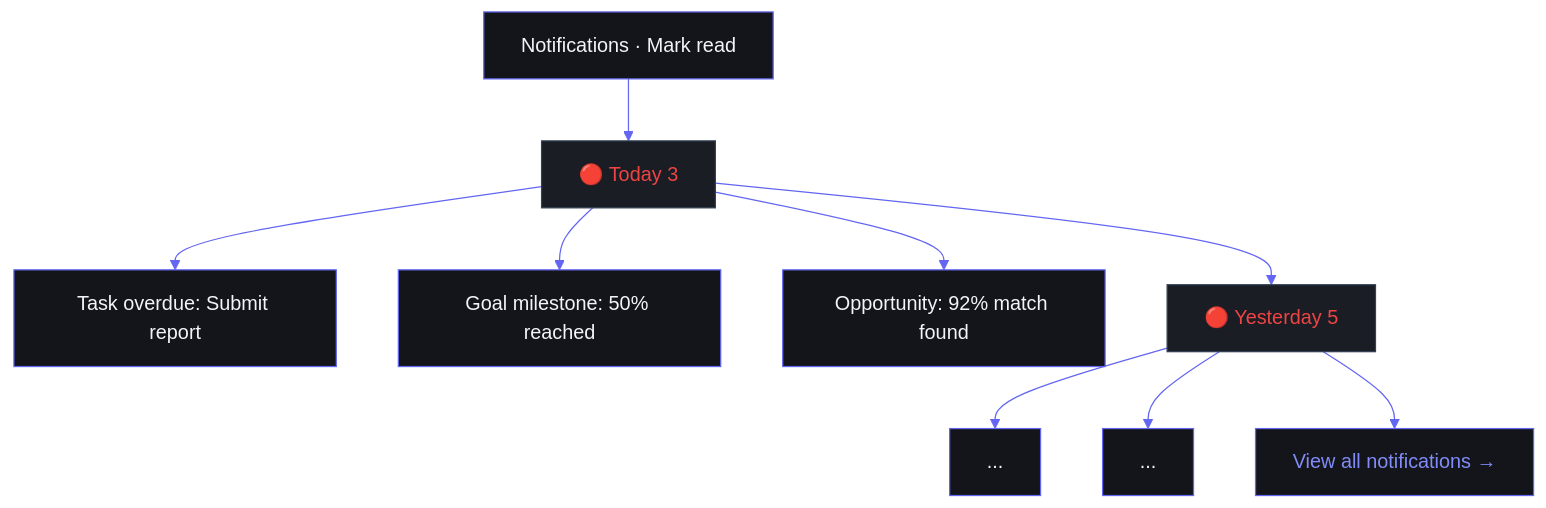
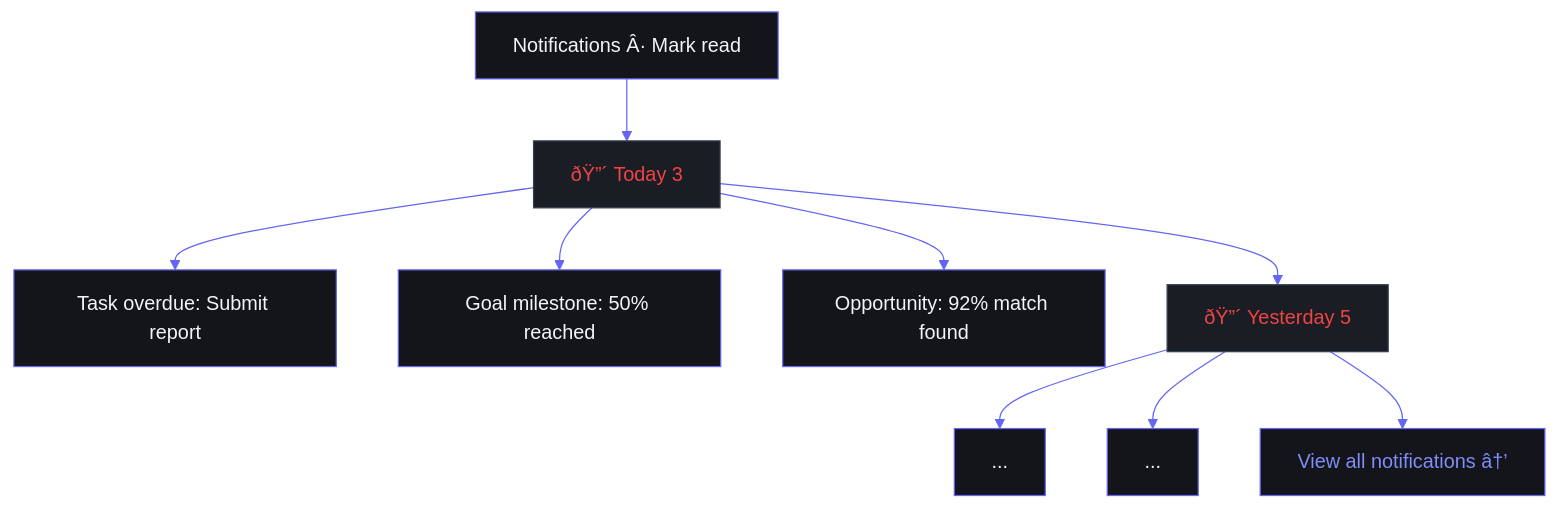
The fifth of 35 diagrams in docs/design/InformationArchitecture.md (rohitkumarnaidu/ARIA-OS---SecondBrain-), drawn with Mermaid before and after one commit. The commit also changed other lines of this file and 9 other files, not shown here.

````diff
--- a/docs/design/InformationArchitecture.md
+++ b/docs/design/InformationArchitecture.md
@@ -500,17 +500,17 @@
 ```mermaid
 %%{init: {'theme': 'base', 'themeVariables': {'background': '#0A0B0F', 'primaryColor': '#13151A', 'primaryBorderColor': '#6366F1', 'primaryTextColor': '#F1F5F9', 'lineColor': '#6366F1', 'secondaryColor': '#1A1D24', 'tertiaryColor': '#0A0B0F', 'fontFamily': 'DM Sans'}}}%%
 graph TD
-    Header[Notifications · Mark read] --> Today[🔴 Today 3]
+    Header[Notifications Â· Mark read] --> Today[ðŸ”´ Today 3]
     Today --> N1[Task overdue: Submit report]
     Today --> N2[Goal milestone: 50% reached]
     Today --> N3[Opportunity: 92% match found]
-    Today --> Yesterday[🔴 Yesterday 5]
+    Today --> Yesterday[ðŸ”´ Yesterday 5]
     Yesterday --> Y1[...]
     Yesterday --> Y2[...]
-    Yesterday --> Footer[View all notifications →]
+    Yesterday --> Footer[View all notifications â†’]
 
     style Header fill:#13151A,stroke:#6366F1,color:#F1F5F9
     style Today fill:#1A1D24,stroke:#334155,color:#EF4444
     style Yesterday fill:#1A1D24,stroke:#334155,color:#EF4444
     style Footer fill:#13151A,stroke:#6366F1,color:#818CF8
 ```
````
